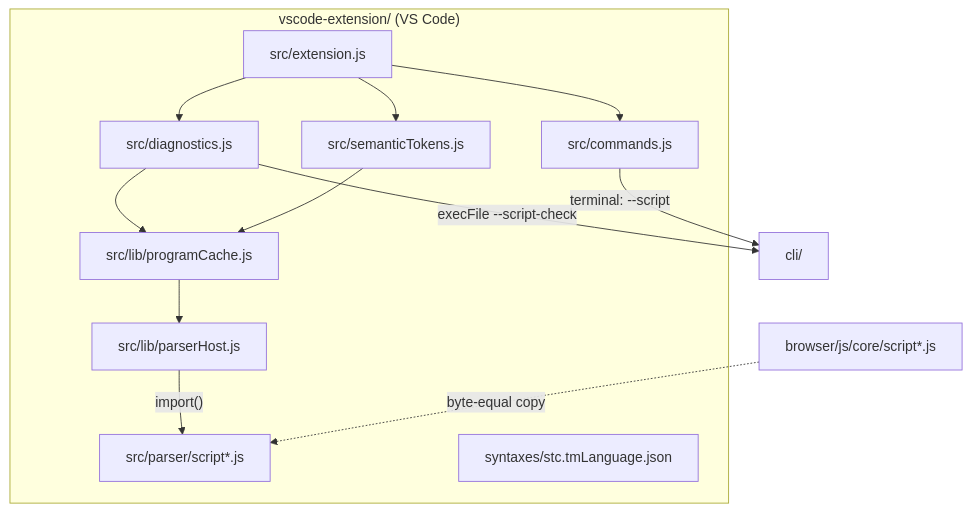
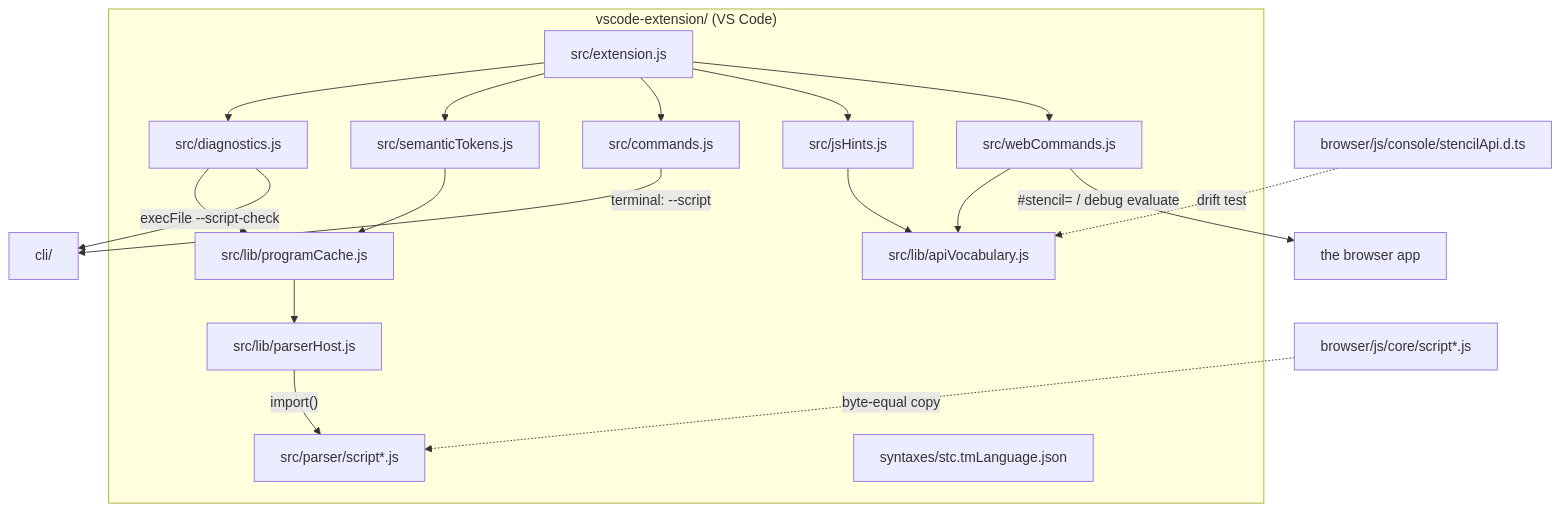
Before and after one commit to andrew1407/stencil: the first of 2 diagrams in vscode-extension/ARCHITECTURE.md, drawn with Mermaid. The commit also changed other lines of this file and 82 other files, not shown here.

Commit message:
Run .stc in the browser app from VS Code, and give .stcjs the facade's words

````diff
--- a/vscode-extension/ARCHITECTURE.md
+++ b/vscode-extension/ARCHITECTURE.md
@@ -14,26 +18,37 @@
 ```mermaid
 graph TD
     subgraph VSC["vscode-extension/ (VS Code)"]
       ENTRY["src/extension.js"]
       DIAG["src/diagnostics.js"]
       SEM["src/semanticTokens.js"]
       CMD["src/commands.js"]
+      WEB["src/webCommands.js"]
+      HINTS["src/jsHints.js"]
+      APIV["src/lib/apiVocabulary.js"]
       CACHE["src/lib/programCache.js"]
       HOST["src/lib/parserHost.js"]
       COPIES["src/parser/script*.js"]
       GRAM["syntaxes/stc.tmLanguage.json"]
     end
-    WEB["browser/js/core/script*.js"]
+    SRC["browser/js/core/script*.js"]
+    DTS["browser/js/console/stencilApi.d.ts"]
     CLI["cli/"]
+    APP["the browser app"]
 
     ENTRY --> DIAG
     ENTRY --> SEM
     ENTRY --> CMD
+    ENTRY --> HINTS
+    ENTRY --> WEB
     DIAG --> CACHE
     SEM --> CACHE
     CACHE --> HOST
+    HINTS --> APIV
+    WEB --> APIV
     HOST -->|"import()"| COPIES
-    WEB -.->|"byte-equal copy"| COPIES
+    SRC -.->|"byte-equal copy"| COPIES
+    DTS -.->|"drift test"| APIV
     DIAG -->|"execFile --script-check"| CLI
     CMD -->|"terminal: --script"| CLI
+    WEB -->|"#stencil= / debug evaluate"| APP
 ```
````
